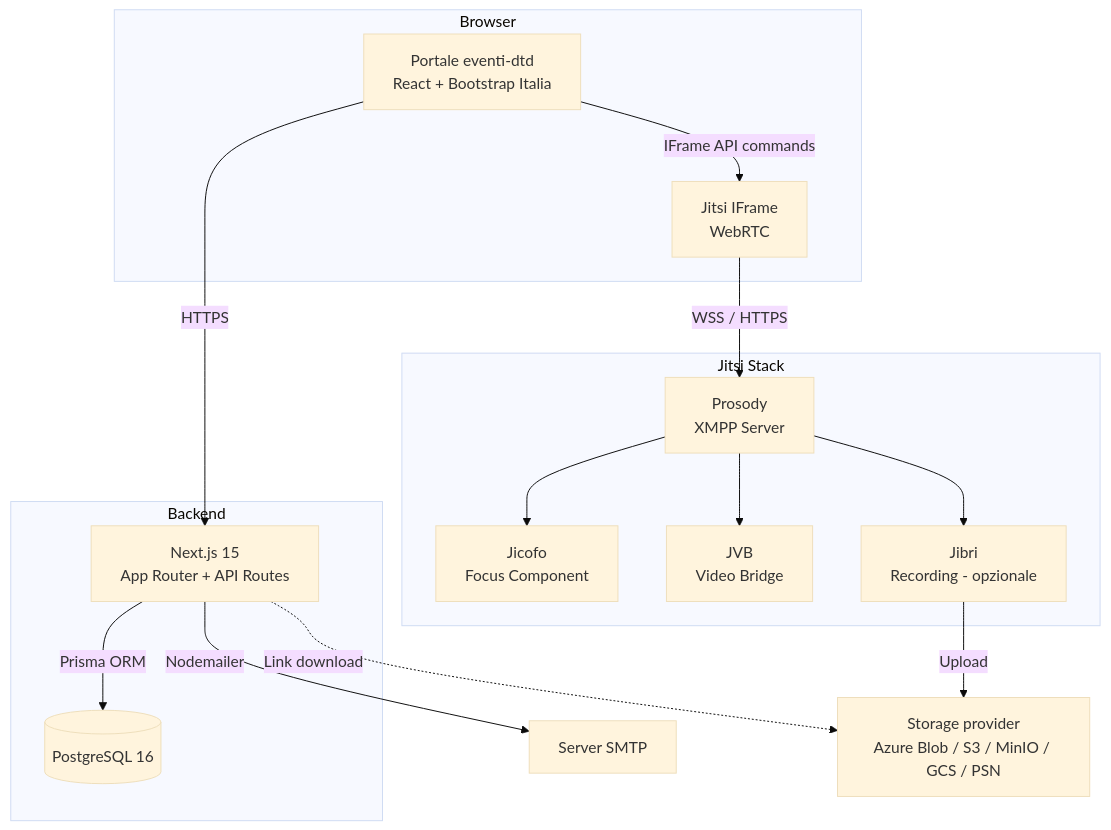
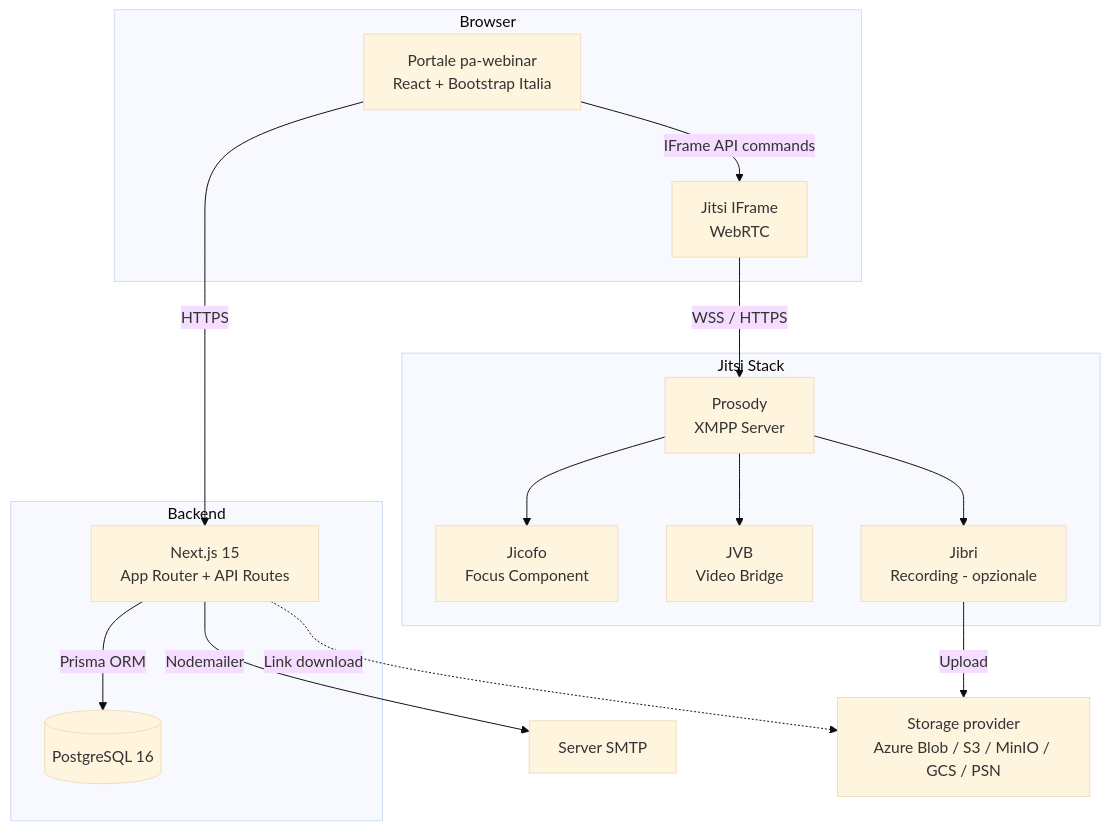
One commit to italia/pa-webinar changed the first of 19 diagrams in docs/ARCHITECTURE.md. Above: the diagram before and after it, drawn with Mermaid (base theme). The commit also changed other lines of this file and 188 other files, not shown here.

First line of the commit message:
chore(rename): eventi-dtd → PA Webinar (codice, chart, brand, docs)

````diff
--- a/docs/ARCHITECTURE.md
+++ b/docs/ARCHITECTURE.md
@@ -13,33 +13,33 @@
 ```mermaid
 graph TD
     subgraph Browser
-        UI["Portale eventi-dtd<br/>React + Bootstrap Italia"]
+        UI["Portale pa-webinar<br/>React + Bootstrap Italia"]
         IFRAME["Jitsi IFrame<br/>WebRTC"]
         UI -- "IFrame API commands" --> IFRAME
     end
 
     subgraph Backend
         NEXTJS["Next.js 15<br/>App Router + API Routes"]
         DB[("PostgreSQL 16")]
     end
 
     subgraph Jitsi Stack
         PROSODY["Prosody<br/>XMPP Server"]
         JICOFO["Jicofo<br/>Focus Component"]
         JVB["JVB<br/>Video Bridge"]
         JIBRI["Jibri<br/>Recording - opzionale"]
         PROSODY --> JICOFO
         PROSODY --> JVB
         PROSODY --> JIBRI
     end
 
     SMTP["Server SMTP"]
     BLOB["Storage provider<br/>Azure Blob / S3 / MinIO / GCS / PSN"]
 
     UI -- "HTTPS" --> NEXTJS
     IFRAME -- "WSS / HTTPS" --> PROSODY
     NEXTJS -- "Prisma ORM" --> DB
     NEXTJS -- "Nodemailer" --> SMTP
     JIBRI -- "Upload" --> BLOB
     NEXTJS -. "Link download" .-> BLOB
 ```
````
